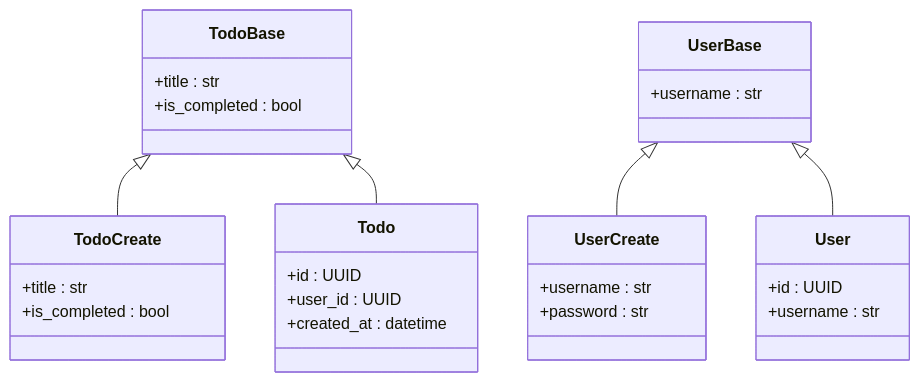
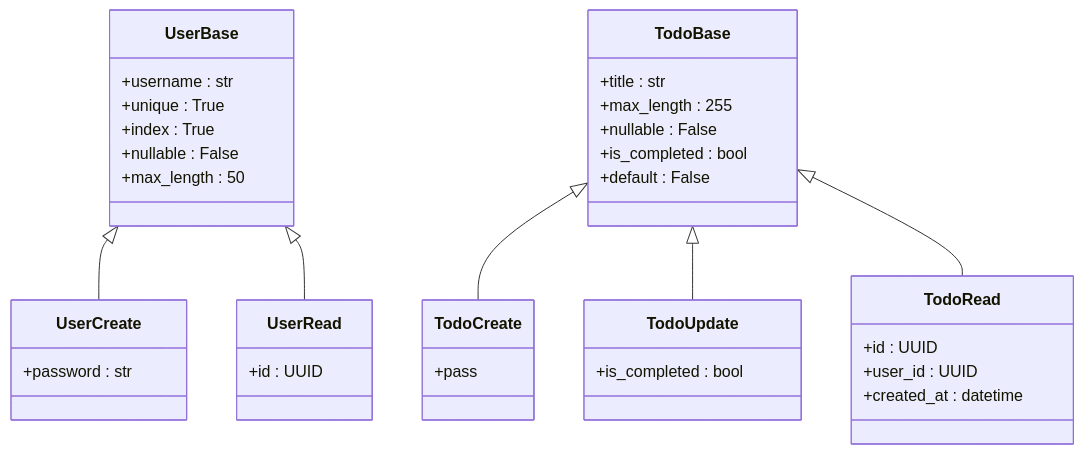
The sixth of 8 diagrams in .qoder/repowiki/ja/content/アーキテクチャ/データベースアーキテクチャ.md (ss8806/Todos), drawn with Mermaid before and after one commit. The commit also changed other lines of this file and 11 other files, not shown here.

````diff
--- a/.qoder/repowiki/ja/content/アーキテクチャ/データベースアーキテクチャ.md
+++ b/.qoder/repowiki/ja/content/アーキテクチャ/データベースアーキテクチャ.md
@@ -235,31 +262,39 @@
 ```mermaid
 classDiagram
+class UserBase {
++username : str
++unique : True
++index : True
++nullable : False
++max_length : 50
+}
+class UserCreate {
++password : str
+}
+class UserRead {
++id : UUID
+}
 class TodoBase {
 +title : str
++max_length : 255
++nullable : False
++is_completed : bool
++default : False
+}
+class TodoCreate {
++pass
+}
+class TodoUpdate {
 +is_completed : bool
 }
-class TodoCreate {
-+title : str
-+is_completed : bool
-}
-class Todo {
+class TodoRead {
 +id : UUID
 +user_id : UUID
 +created_at : datetime
 }
-class UserBase {
-+username : str
-}
-class UserCreate {
-+username : str
-+password : str
-}
-class User {
-+id : UUID
-+username : str
-}
+UserBase <|-- UserCreate
+UserBase <|-- UserRead
 TodoBase <|-- TodoCreate
-TodoBase <|-- Todo
-UserBase <|-- UserCreate
-UserBase <|-- User
+TodoBase <|-- TodoUpdate
+TodoBase <|-- TodoRead
 ```
````
